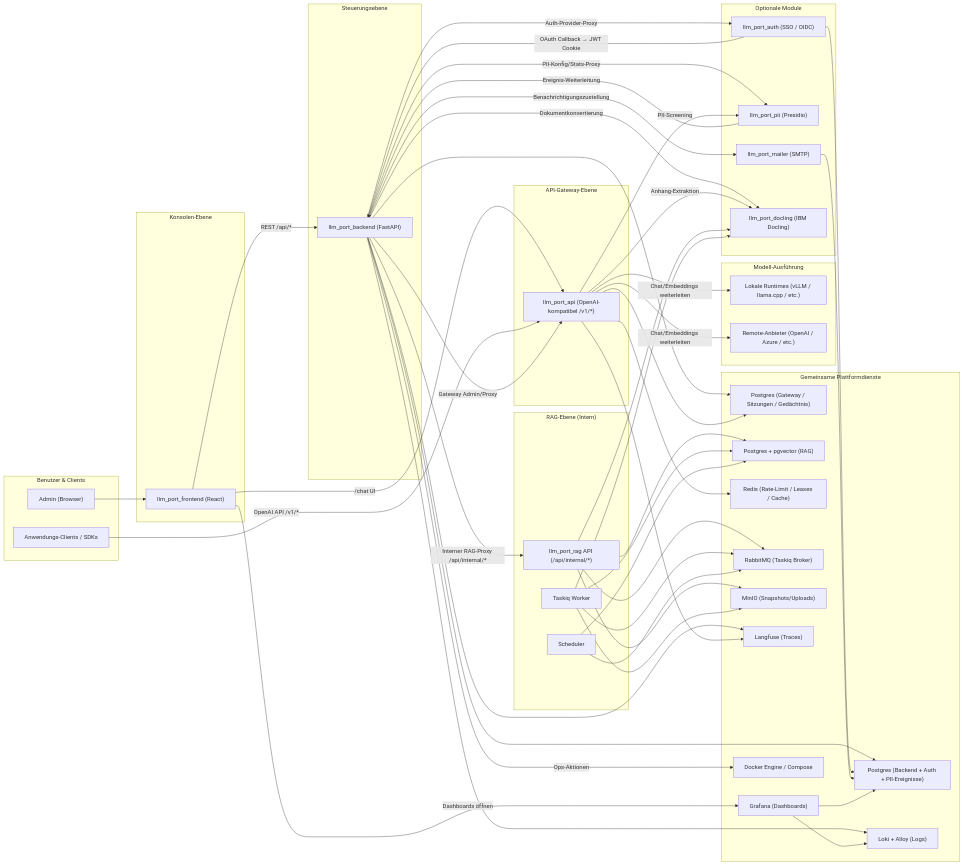
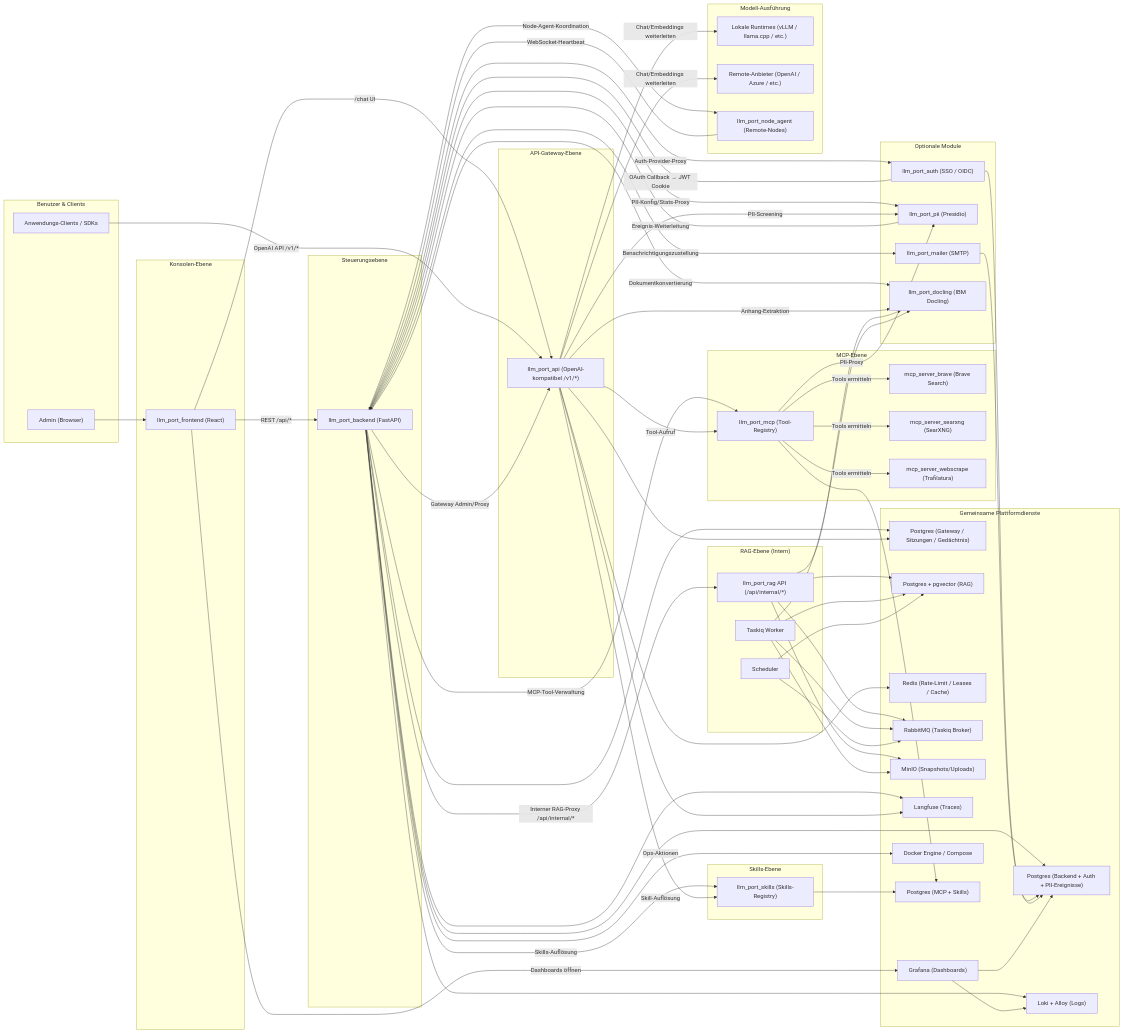
The diagram in i18n/de/docusaurus-plugin-content-docs/current/architecture.md (llm-port/llm-port.github.io), drawn with Mermaid before and after one commit. The commit also changed other lines of this file and 24 other files, not shown here.

```diff
--- a/i18n/de/docusaurus-plugin-content-docs/current/architecture.md
+++ b/i18n/de/docusaurus-plugin-content-docs/current/architecture.md
@@ -36,6 +36,17 @@
         DOCLING["llm_port_docling (IBM Docling)"]
     end
 
+    subgraph MCP["MCP-Ebene"]
+        MCPHUB["llm_port_mcp (Tool-Registry)"]
+        MCPBRAVE["mcp_server_brave (Brave Search)"]
+        MCPSEARX["mcp_server_searxng (SearXNG)"]
+        MCPWEB["mcp_server_webscrape (Trafilatura)"]
+    end
+
+    subgraph Skills["Skills-Ebene"]
+        SKILLSVC["llm_port_skills (Skills-Registry)"]
+    end
+
     subgraph RAG["RAG-Ebene (Intern)"]
         RAGAPI["llm_port_rag API (/api/internal/*)"]
         RAGW["Taskiq Worker"]
@@ -45,6 +56,7 @@
     subgraph Runtime["Modell-Ausführung"]
         LOCAL["Lokale Runtimes (vLLM / llama.cpp / etc.)"]
         REMOTE["Remote-Anbieter (OpenAI / Azure / etc.)"]
+        NODEAGENT["llm_port_node_agent (Remote-Nodes)"]
     end
 
     subgraph Shared["Gemeinsame Plattformdienste"]
@@ -58,6 +70,7 @@
         LOKI["Loki + Alloy (Logs)"]
         GRAF["Grafana (Dashboards)"]
         DOCKER["Docker Engine / Compose"]
+        PGMCP["Postgres (MCP + Skills)"]
     end
 
     U1 --> FE
@@ -71,6 +84,9 @@
     BE -->|PII-Konfig/Stats-Proxy| PII
     BE -->|Benachrichtigungszustellung| MAILER
     BE -->|Dokumentkonvertierung| DOCLING
+    BE -->|MCP-Tool-Verwaltung| MCPHUB
+    BE -->|Skills-Auflösung| SKILLSVC
+    BE -->|Node-Agent-Koordination| NODEAGENT
     BE -->|Ops-Aktionen| DOCKER
     BE --> PGMAIN
     BE --> PGAPI
@@ -81,9 +97,21 @@
     API -->|Chat/Embeddings weiterleiten| REMOTE
     API -->|PII-Screening| PII
     API -->|Anhang-Extraktion| DOCLING
+    API -->|Tool-Aufruf| MCPHUB
+    API -->|Skill-Auflösung| SKILLSVC
     API --> PGAPI
     API --> REDIS
     API --> LANGFUSE
+
+    MCPHUB -->|Tools ermitteln| MCPBRAVE
+    MCPHUB -->|Tools ermitteln| MCPSEARX
+    MCPHUB -->|Tools ermitteln| MCPWEB
+    MCPHUB -->|PII-Proxy| PII
+    MCPHUB --> PGMCP
+
+    SKILLSVC --> PGMCP
+
+    NODEAGENT -->|WebSocket-Heartbeat| BE
 
     AUTH -->|OAuth Callback → JWT Cookie| BE
     AUTH --> PGMAIN
```
